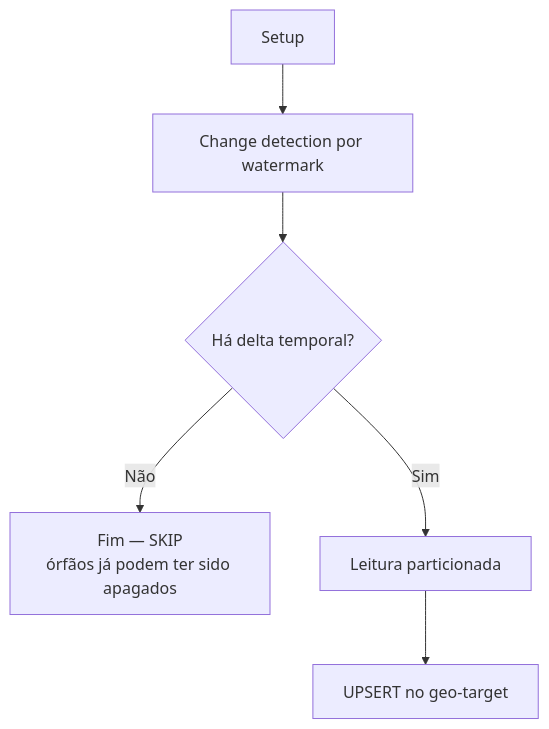
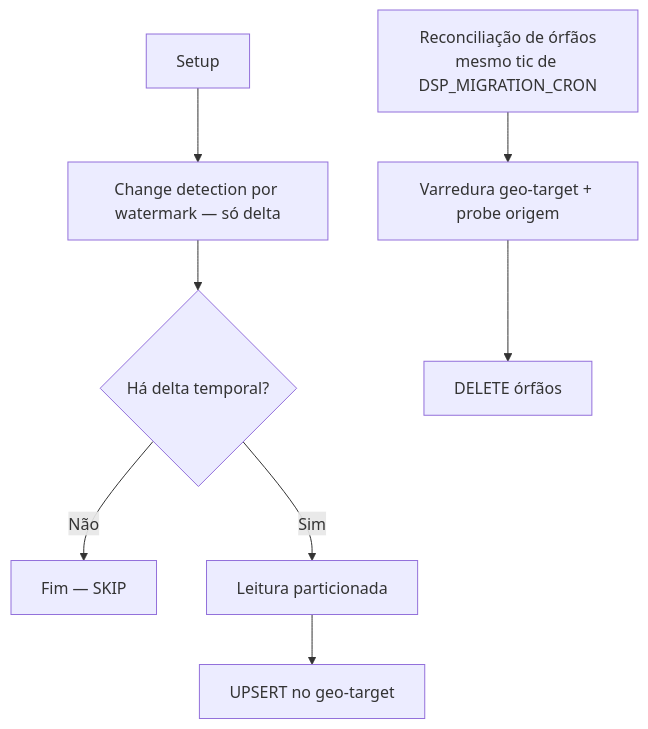
The second of 2 diagrams in docs/pt-br/modules/job-data-migration/generic-layers.md (Rural-Environmental-Registry/dsp-docs), drawn with Mermaid before and after one commit. The commit also changed other lines of this file and 7 other files, not shown here.

Commit message:
docs(job-data-migration): document orphan reconciliation as a separate job on the same cron tick.

````diff
--- a/docs/pt-br/modules/job-data-migration/generic-layers.md
+++ b/docs/pt-br/modules/job-data-migration/generic-layers.md
@@ -177,8 +177,10 @@
 ```mermaid
 flowchart TD
-  A[Setup] --> B[Change detection por watermark]
+  A[Setup] --> B[Change detection por watermark — só delta]
   B --> C{Há delta temporal?}
-  C -->|Não| D[Fim — SKIP<br/>órfãos já podem ter sido apagados]
+  C -->|Não| D[Fim — SKIP]
   C -->|Sim| E[Leitura particionada]
   E --> F[UPSERT no geo-target]
+  G[Reconciliação de órfãos<br/>mesmo tic de DSP_MIGRATION_CRON] --> H[Varredura geo-target + probe origem]
+  H --> I[DELETE órfãos]
 ```
````
